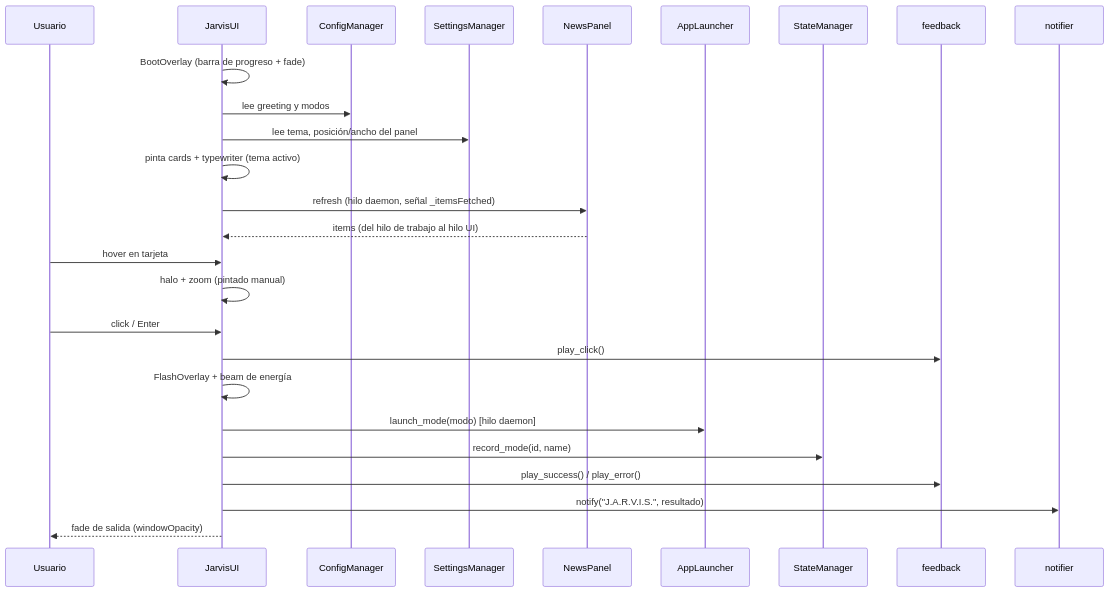
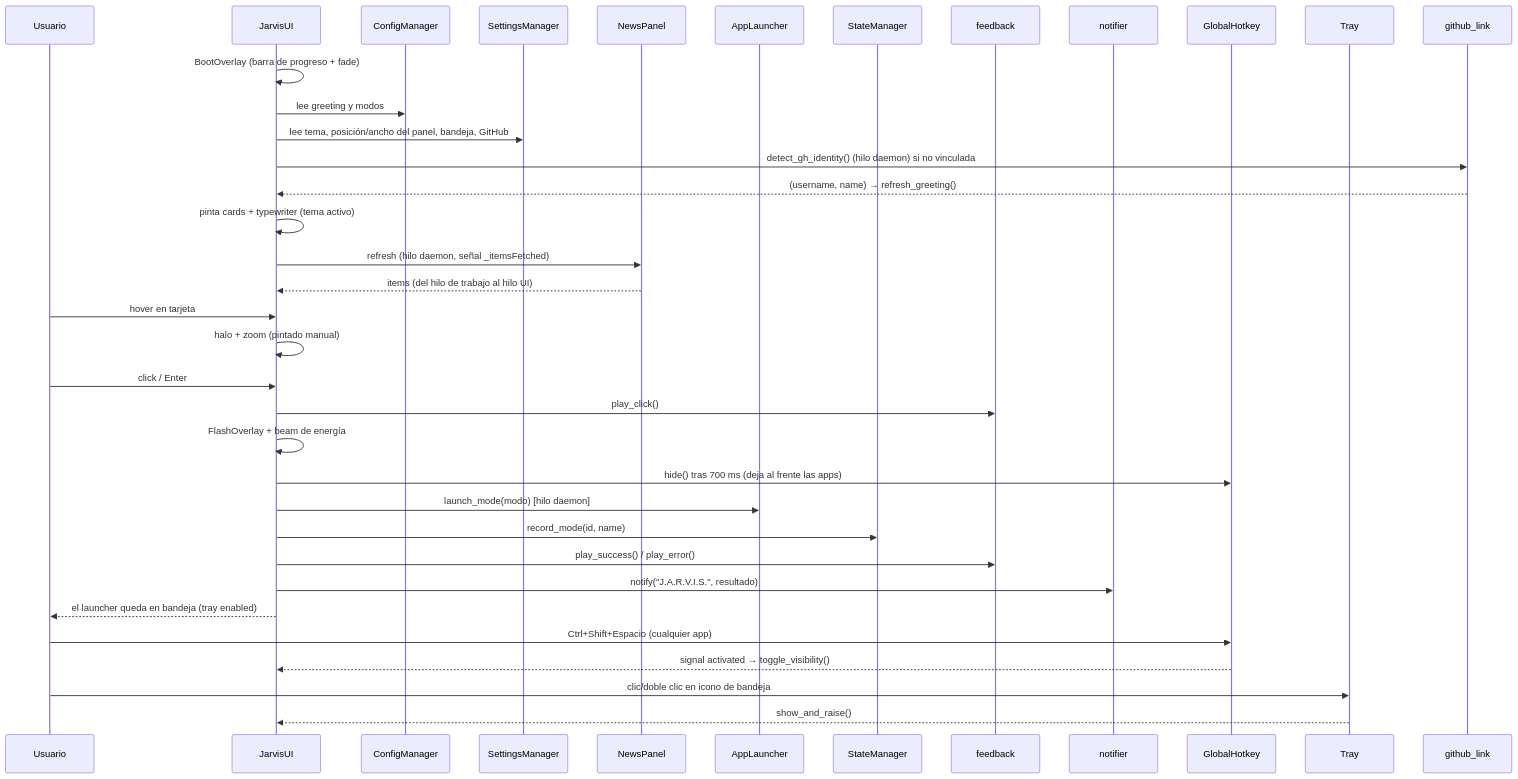
Before and after one commit to GexStudio-Team/jarvis-launcher: the second of 2 diagrams in docs/Arquitectura.md, drawn with Mermaid. The commit also changed other lines of this file and 5 other files, not shown here.

First line of the commit message:
docs(v2): documentar modo foco 2.0.0 - atajo global, bandeja, saludo y GitHub

````diff
--- a/docs/Arquitectura.md
+++ b/docs/Arquitectura.md
@@ -187,29 +284,39 @@
 ```mermaid
 sequenceDiagram
     participant U as Usuario
     participant W as JarvisUI
     participant C as ConfigManager
     participant S as SettingsManager
     participant N as NewsPanel
     participant L as AppLauncher
     participant ST as StateManager
     participant F as feedback
     participant NT as notifier
+    participant H as GlobalHotkey
+    participant TR as Tray
+    participant G as github_link
 
     W->>W: BootOverlay (barra de progreso + fade)
     W->>C: lee greeting y modos
-    W->>S: lee tema, posición/ancho del panel
+    W->>S: lee tema, posición/ancho del panel, bandeja, GitHub
+    W->>G: detect_gh_identity() (hilo daemon) si no vinculada
+    G-->>W: (username, name) → refresh_greeting()
     W->>W: pinta cards + typewriter (tema activo)
     W->>N: refresh (hilo daemon, señal _itemsFetched)
     N-->>W: items (del hilo de trabajo al hilo UI)
     U->>W: hover en tarjeta
     W->>W: halo + zoom (pintado manual)
     U->>W: click / Enter
     W->>F: play_click()
     W->>W: FlashOverlay + beam de energía
+    W->>H: hide() tras 700 ms (deja al frente las apps)
     W->>L: launch_mode(modo) [hilo daemon]
     W->>ST: record_mode(id, name)
     W->>F: play_success() / play_error()
     W->>NT: notify("J.A.R.V.I.S.", resultado)
-    W-->>U: fade de salida (windowOpacity)
+    W-->>U: el launcher queda en bandeja (tray enabled)
+    U->>H: Ctrl+Shift+Espacio (cualquier app)
+    H-->>W: signal activated → toggle_visibility()
+    U->>TR: clic/doble clic en icono de bandeja
+    TR-->>W: show_and_raise()
 ```
````
